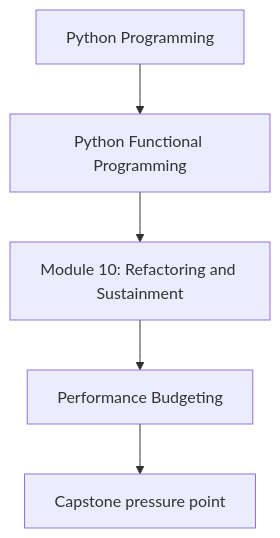
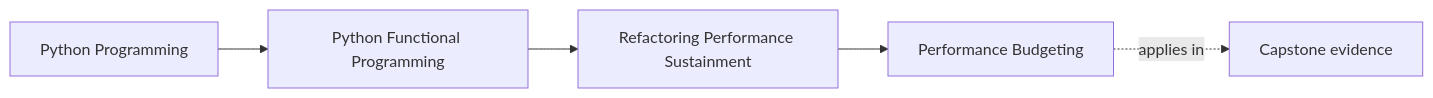
One commit to bijux/bijux-masterclass changed the first of 2 diagrams in programs/python-programming/python-functional-programming/course-book/module-10-refactoring-performance-sustainment/performance-budgeting.md. Above: the diagram before and after it, drawn with Mermaid. The commit also changed other lines of this file and 108 other files, not shown here.

Commit message:
docs(python-functional-programming): map capstone and advanced design surfaces

````diff
--- a/programs/python-programming/python-functional-programming/course-book/module-10-refactoring-performance-sustainment/performance-budgeting.md
+++ b/programs/python-programming/python-functional-programming/course-book/module-10-refactoring-performance-sustainment/performance-budgeting.md
@@ -7,7 +7,11 @@
 ```mermaid
-flowchart TD
-  family["Python Programming"] --> program["Python Functional Programming"]
-  program --> module["Module 10: Refactoring and Sustainment"]
-  module --> concept["Performance Budgeting"]
-  concept --> capstone["Capstone pressure point"]
+graph LR
+  family["Python Programming"]
+  program["Python Functional Programming"]
+  section["Refactoring Performance Sustainment"]
+  page["Performance Budgeting"]
+  capstone["Capstone evidence"]
+
+  family --> program --> section --> page
+  page -.applies in.-> capstone
 ```
````
